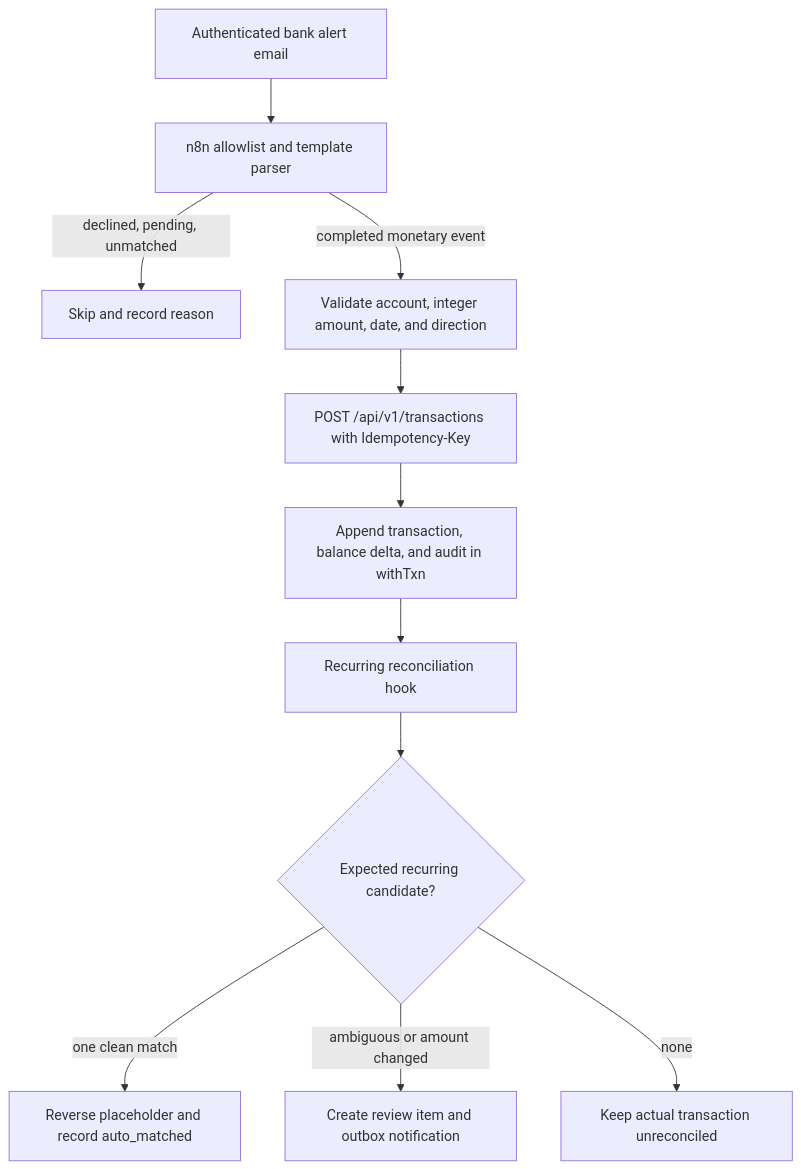
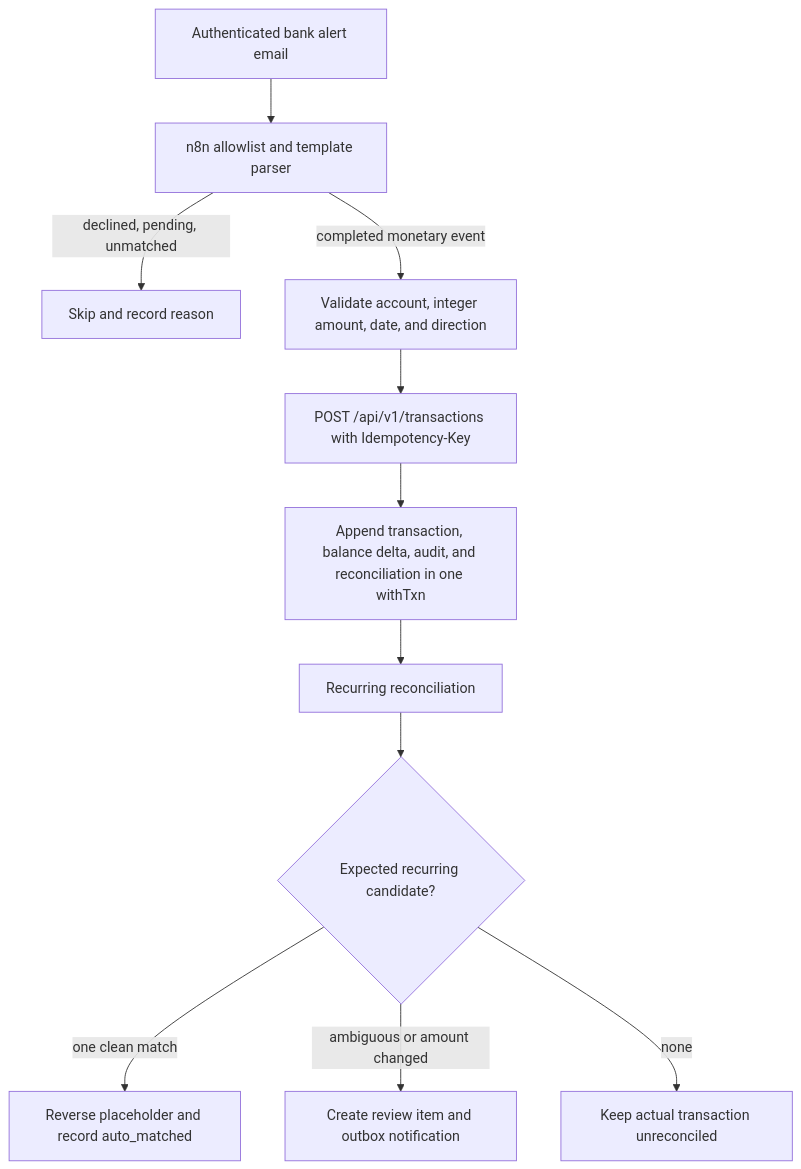
Before and after one commit to Harsh71019/expense-tracker: the diagram in docs/plans/2026-08-02-email-ingestion-payment-context.md, drawn with Mermaid. The commit also changed other lines of this file and 40 other files, not shown here.

````diff
--- a/docs/plans/2026-08-02-email-ingestion-payment-context.md
+++ b/docs/plans/2026-08-02-email-ingestion-payment-context.md
@@ -87,13 +92,13 @@
 ```mermaid
 flowchart TD
     Mail["Authenticated bank alert email"] --> N8N["n8n allowlist and template parser"]
     N8N -->|"declined, pending, unmatched"| Skip["Skip and record reason"]
     N8N -->|"completed monetary event"| Validate["Validate account, integer amount, date, and direction"]
     Validate --> API["POST /api/v1/transactions with Idempotency-Key"]
-    API --> Ledger["Append transaction, balance delta, and audit in withTxn"]
-    Ledger --> Hook["Recurring reconciliation hook"]
+    API --> Ledger["Append transaction, balance delta, audit, and reconciliation in one withTxn"]
+    Ledger --> Hook["Recurring reconciliation"]
     Hook --> Candidate{"Expected recurring candidate?"}
     Candidate -->|"one clean match"| Auto["Reverse placeholder and record auto_matched"]
     Candidate -->|"ambiguous or amount changed"| Review["Create review item and outbox notification"]
     Candidate -->|"none"| Keep["Keep actual transaction unreconciled"]
 ```
````
